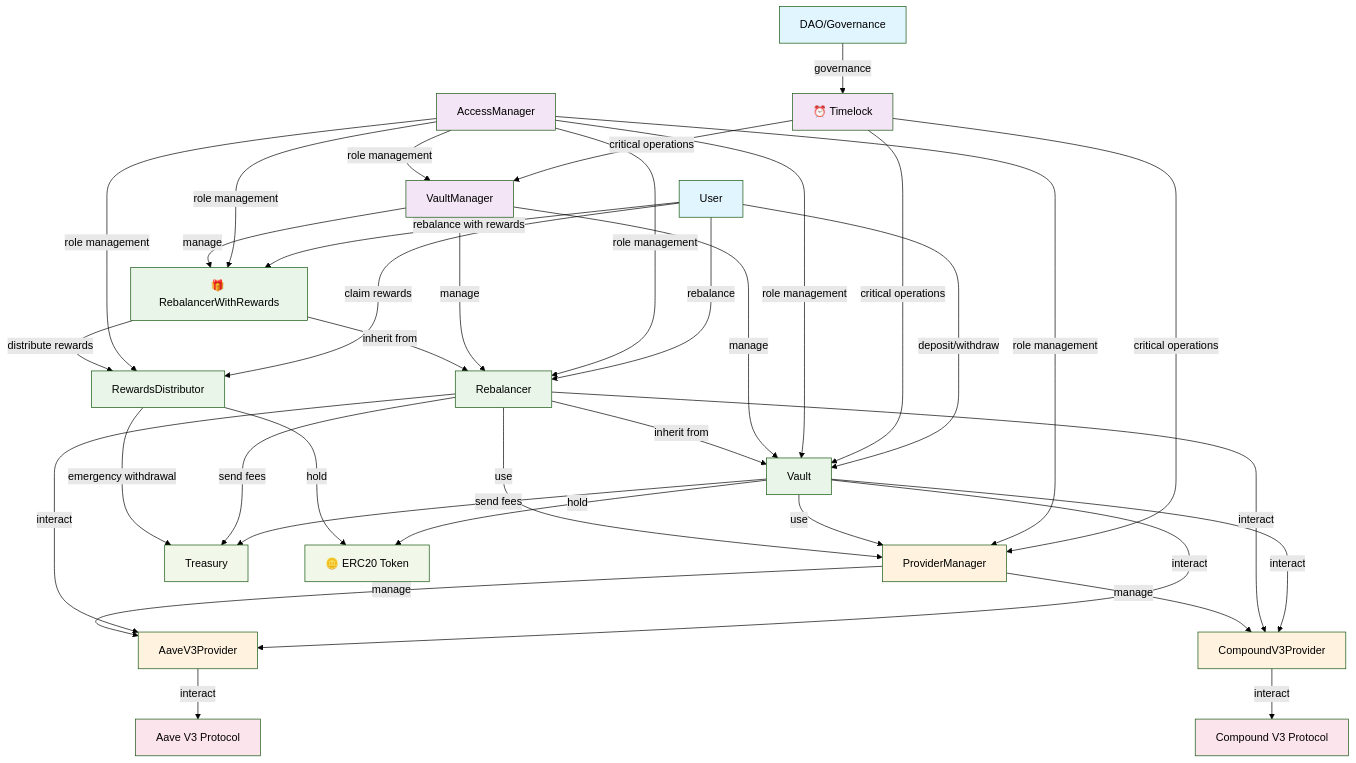
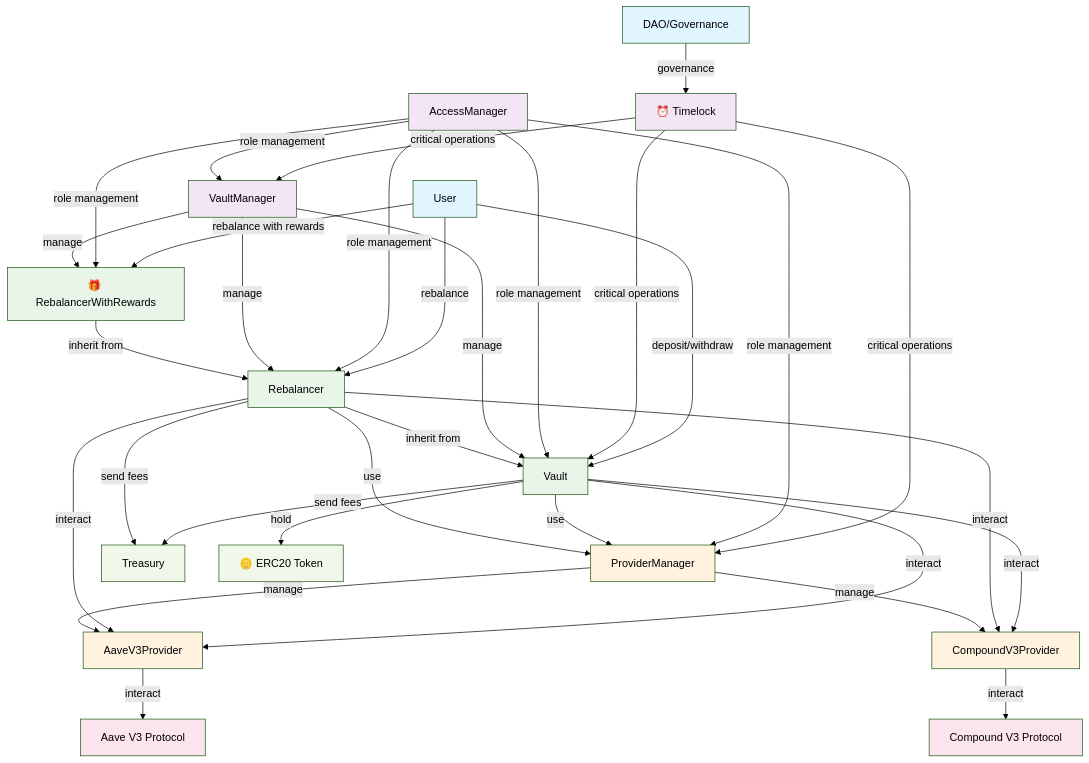
The first of 6 diagrams in docs/shemes/contract-interaction-diagram.md (Thesauros/contracts), drawn with Mermaid (forest theme) before and after one commit. The commit also changed other lines of this file and 13 other files, not shown here.

```diff
--- a/docs/shemes/contract-interaction-diagram.md
+++ b/docs/shemes/contract-interaction-diagram.md
@@ -21,9 +21,6 @@
     Vault[  Vault]
     Rebalancer[   Rebalancer]
     RebalancerWithRewards[🎁 RebalancerWithRewards]
-    
-    %% Rewards System
-    RewardsDistributor[  RewardsDistributor]
     
     %% Provider Management
     ProviderManager[  ProviderManager]
@@ -42,7 +39,6 @@
     
     %% User Interactions
     User -->|deposit/withdraw| Vault
-    User -->|claim rewards| RewardsDistributor
     User -->|rebalance| Rebalancer
     User -->|rebalance with rewards| RebalancerWithRewards
     
@@ -57,7 +53,6 @@
     AccessManager -->|role management| Rebalancer
     AccessManager -->|role management| RebalancerWithRewards
     AccessManager -->|role management| VaultManager
-    AccessManager -->|role management| RewardsDistributor
     AccessManager -->|role management| ProviderManager
     
     %% Vault Manager Interactions
@@ -81,7 +76,6 @@
     
     %% RebalancerWithRewards Interactions
     RebalancerWithRewards -->|inherit from| Rebalancer
-    RebalancerWithRewards -->|distribute rewards| RewardsDistributor
     
     %% Provider Manager
     ProviderManager -->|manage| AaveV3Provider
@@ -90,10 +84,6 @@
     %% Provider to Protocol Interactions
     AaveV3Provider -->|interact| AaveV3
     CompoundV3Provider -->|interact| CompoundV3
-    
-    %% Rewards System
-    RewardsDistributor -->|hold| ERC20Token
-    RewardsDistributor -->|emergency withdrawal| Treasury
     
     %% Styling
     classDef userLayer fill:#e1f5fe
@@ -105,7 +95,7 @@
     
     class User,DAO userLayer
     class VaultManager,Timelock,AccessManager coreLayer
-    class Vault,Rebalancer,RebalancerWithRewards,RewardsDistributor vaultLayer
+    class Vault,Rebalancer,RebalancerWithRewards vaultLayer
     class ProviderManager,AaveV3Provider,CompoundV3Provider providerLayer
     class AaveV3,CompoundV3 externalLayer
     class Treasury,ERC20Token treasuryLayer
```
